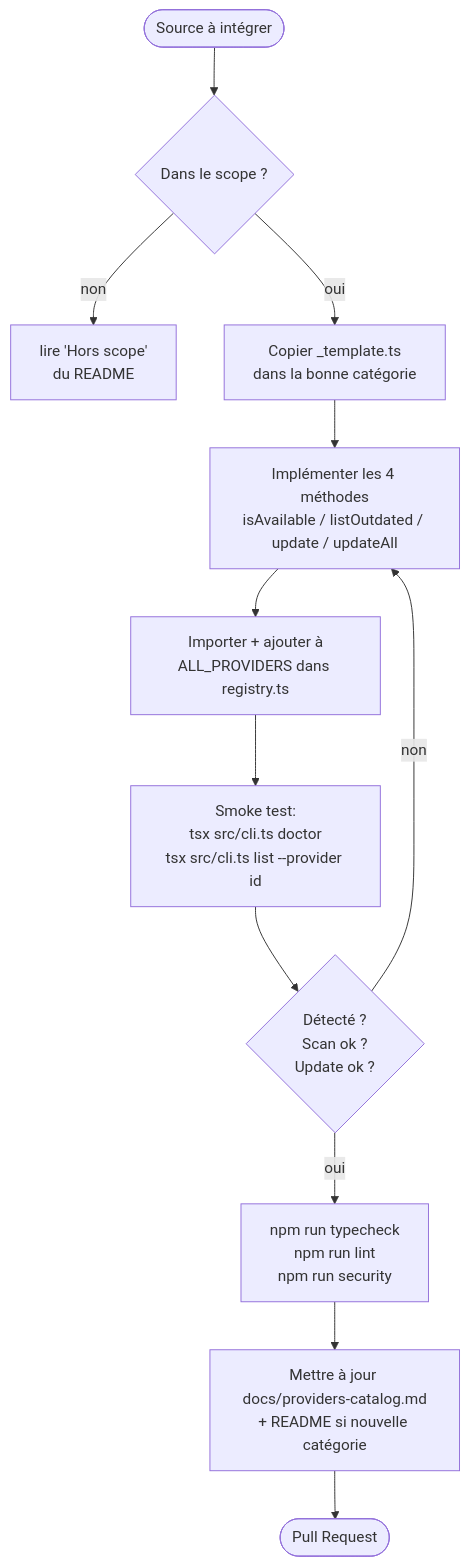
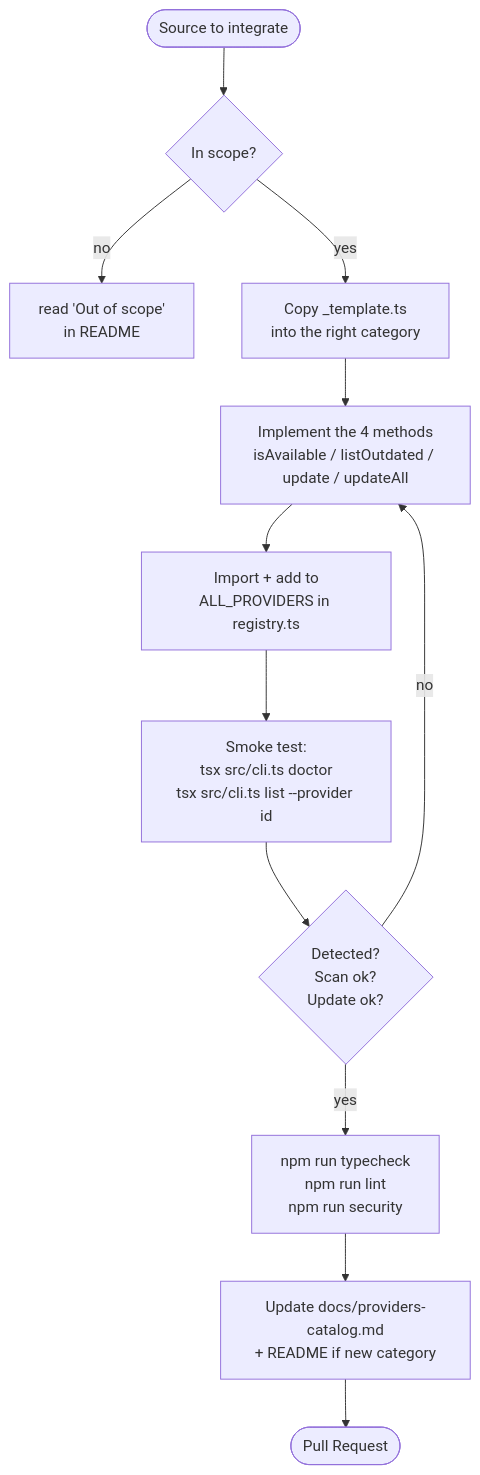
Before and after one commit to LINDECKER-Charles/gup: the first of 3 diagrams in CONTRIBUTING.md, drawn with Mermaid. The commit also changed other lines of this file and 5 other files, not shown here.

````diff
--- a/CONTRIBUTING.md
+++ b/CONTRIBUTING.md
@@ -38,14 +38,14 @@
 ```mermaid
 flowchart TD
-    Start([Source à intégrer]) --> Scope{Dans le scope ?}
-    Scope -->|non| OutOfScope[lire 'Hors scope'<br/>du README]
-    Scope -->|oui| Copy[Copier _template.ts<br/>dans la bonne catégorie]
-    Copy --> Impl[Implémenter les 4 méthodes<br/>isAvailable / listOutdated / update / updateAll]
-    Impl --> Register[Importer + ajouter à<br/>ALL_PROVIDERS dans registry.ts]
+    Start([Source to integrate]) --> Scope{In scope?}
+    Scope -->|no| OutOfScope[read 'Out of scope'<br/>in README]
+    Scope -->|yes| Copy[Copy _template.ts<br/>into the right category]
+    Copy --> Impl[Implement the 4 methods<br/>isAvailable / listOutdated / update / updateAll]
+    Impl --> Register[Import + add to<br/>ALL_PROVIDERS in registry.ts]
     Register --> Smoke[Smoke test:<br/>tsx src/cli.ts doctor<br/>tsx src/cli.ts list --provider id]
-    Smoke --> Pass{Détecté ?<br/>Scan ok ?<br/>Update ok ?}
-    Pass -->|non| Impl
-    Pass -->|oui| Tests[npm run typecheck<br/>npm run lint<br/>npm run security]
-    Tests --> Doc[Mettre à jour docs/providers-catalog.md<br/>+ README si nouvelle catégorie]
+    Smoke --> Pass{Detected?<br/>Scan ok?<br/>Update ok?}
+    Pass -->|no| Impl
+    Pass -->|yes| Tests[npm run typecheck<br/>npm run lint<br/>npm run security]
+    Tests --> Doc[Update docs/providers-catalog.md<br/>+ README if new category]
     Doc --> PR([Pull Request])
 ```
````
